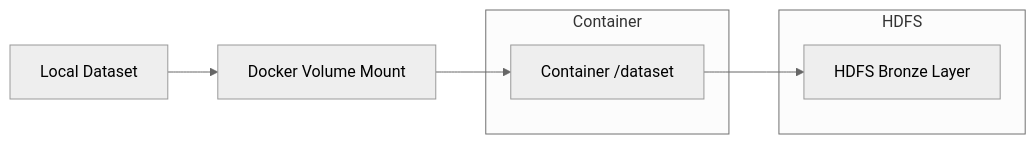
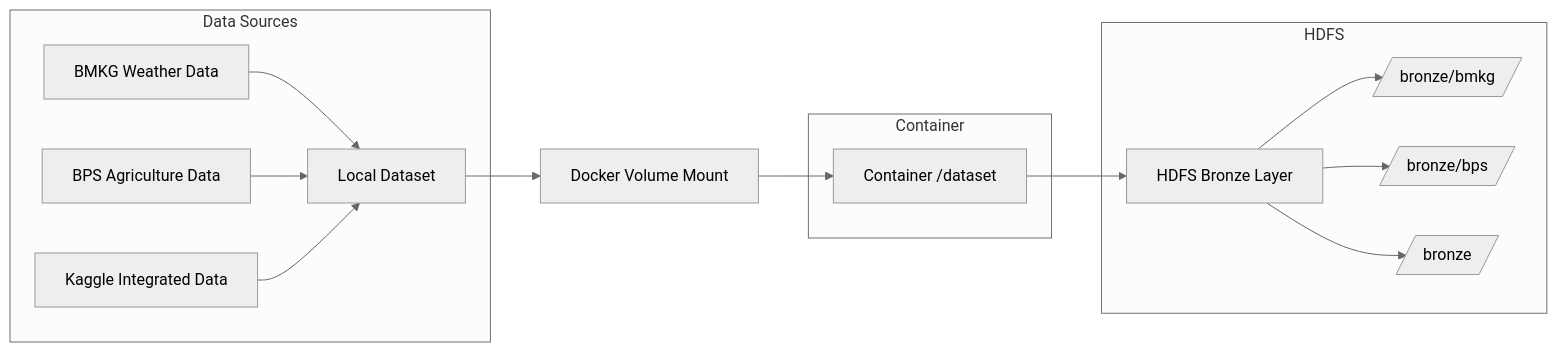
Before and after one commit to sains-data/Prediksi-Hasil-Panen-Berdasarkan-Faktor-Cuaca-dan-Lahan-di-Sumatera: the diagram in scripts/1_data_ingestion/README.md, drawn with Mermaid (neutral theme). The commit also changed other lines of this file, not shown here.

````diff
--- a/scripts/1_data_ingestion/README.md
+++ b/scripts/1_data_ingestion/README.md
@@ -9,14 +9,22 @@
 ```mermaid
 graph LR
     A[Local Dataset] --> B[Docker Volume Mount]
     B --> C[Container /dataset]
     C --> D[HDFS Bronze Layer]
     
+    subgraph "Data Sources"
+        A1[BMKG Weather Data] --> A
+        A2[BPS Agriculture Data] --> A
+        A3[Kaggle Integrated Data] --> A
+    end
+    
     subgraph "Container"
         C
     end
     
     subgraph "HDFS"
-        D
+        D --> D1[/bronze/bmkg/]
+        D --> D2[/bronze/bps/]
+        D --> D3[/bronze/]
     end
 ```
````
